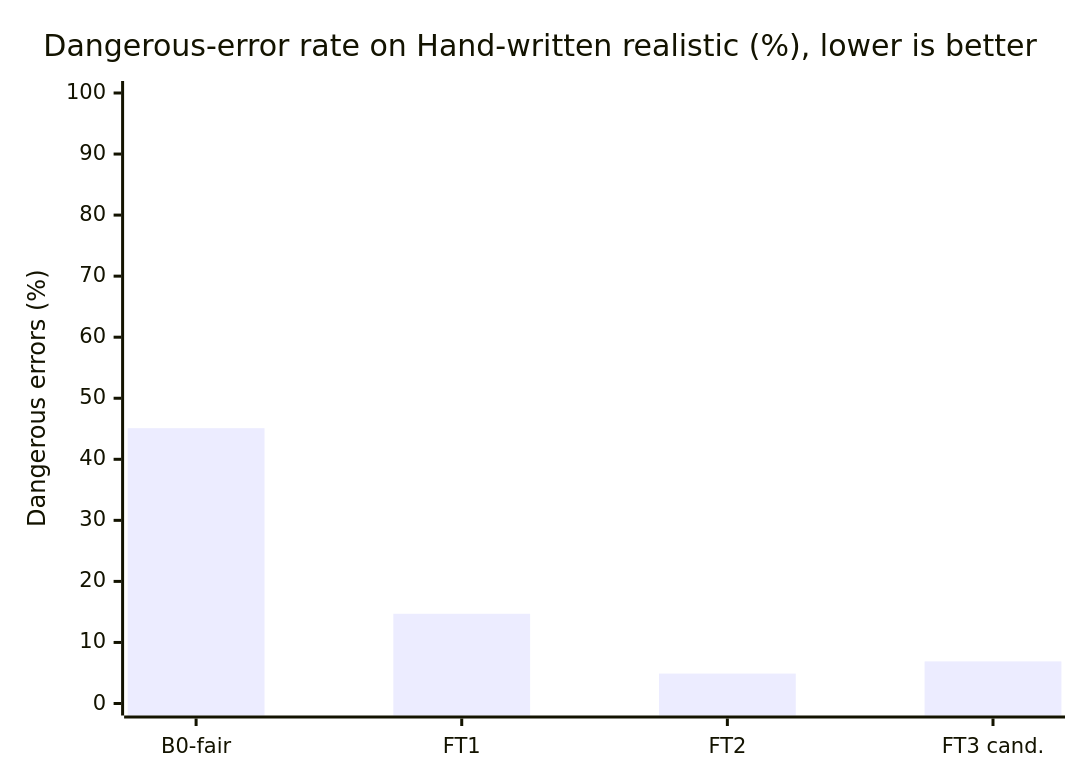
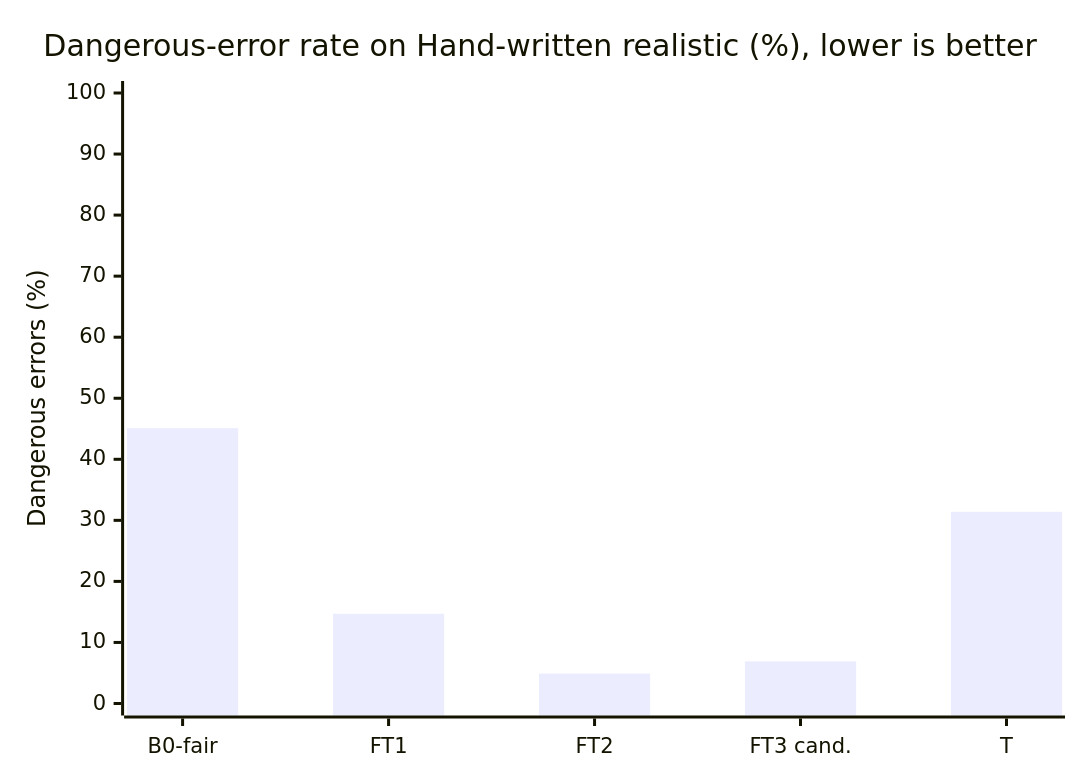
The second of 4 diagrams in eval/results.md (Vedant817/aaji-pill-clerk), drawn with Mermaid before and after one commit. The commit also changed other lines of this file and 8 other files, not shown here.

````diff
--- a/eval/results.md
+++ b/eval/results.md
@@ -161,7 +165,7 @@
 ```mermaid
 xychart-beta
     title "Dangerous-error rate on Hand-written realistic (%), lower is better"
-    x-axis ["B0-fair", "FT1", "FT2", "FT3 cand."]
+    x-axis ["B0-fair", "FT1", "FT2", "FT3 cand.", "T"]
     y-axis "Dangerous errors (%)" 0 --> 100
-    bar [45.1, 14.7, 4.9, 6.9]
+    bar [45.1, 14.7, 4.9, 6.9, 31.4]
 ```
````
